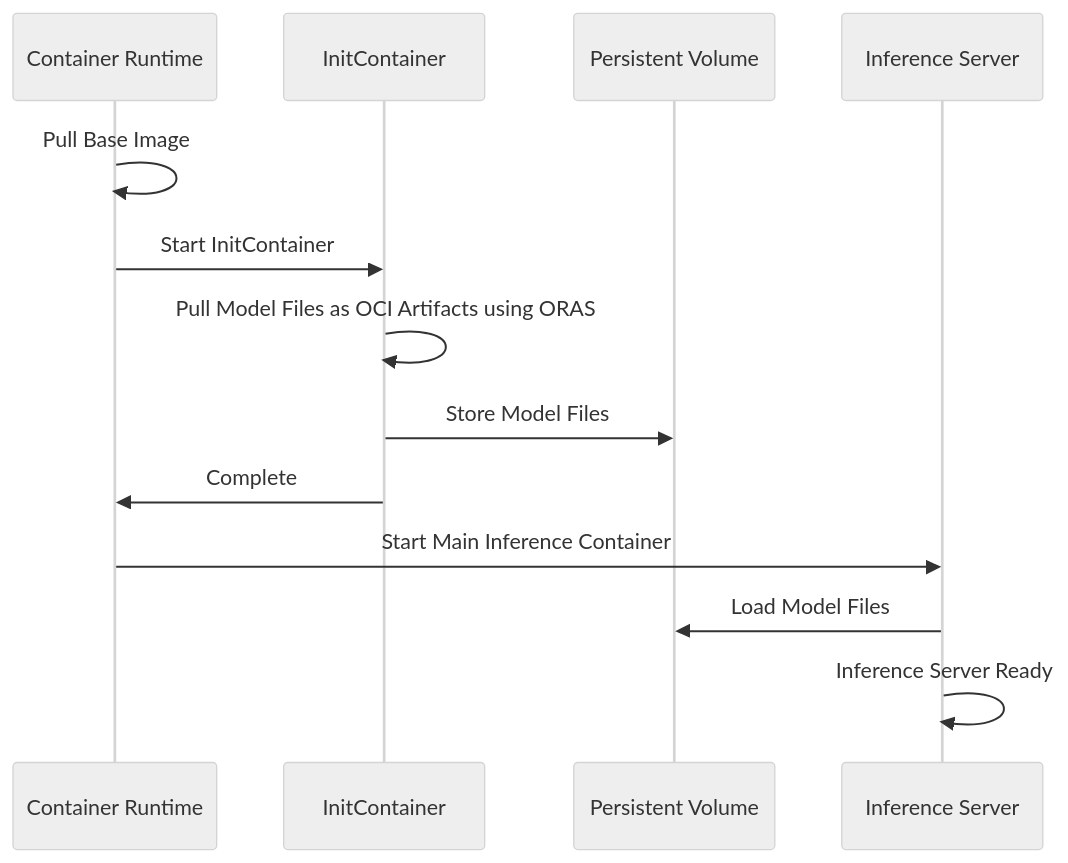
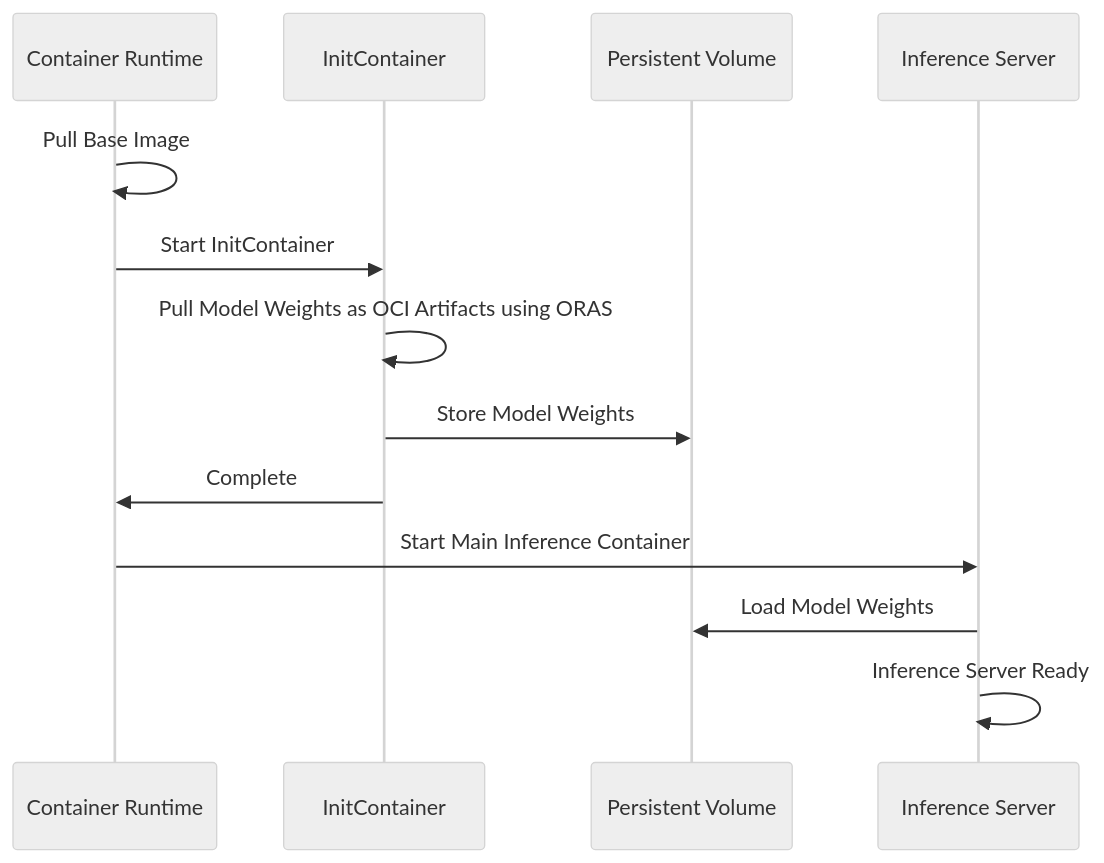
One commit to kaito-project/kaito changed the diagram in website/docs/model-as-oci-artifacts.md. Above: the diagram before and after it, drawn with Mermaid (neutral theme). The commit also changed other lines of this file and 2 other files, not shown here.

Commit message:
Address review feedback: Model Files → Model Weights, remove Next Steps, copy to all versions

````diff
--- a/website/docs/model-as-oci-artifacts.md
+++ b/website/docs/model-as-oci-artifacts.md
@@ -72,16 +72,16 @@
 ```mermaid
 sequenceDiagram
     participant CR as Container Runtime
     participant IC as InitContainer
     participant PV as Persistent Volume
     participant IS as Inference Server
 
     CR->>CR: Pull Base Image
     CR->>IC: Start InitContainer
-    IC->>IC: Pull Model Files as OCI Artifacts using ORAS
-    IC->>PV: Store Model Files
+    IC->>IC: Pull Model Weights as OCI Artifacts using ORAS
+    IC->>PV: Store Model Weights
     IC->>CR: Complete
     CR->>IS: Start Main Inference Container
-    IS->>PV: Load Model Files
+    IS->>PV: Load Model Weights
     IS->>IS: Inference Server Ready
 ```
````
